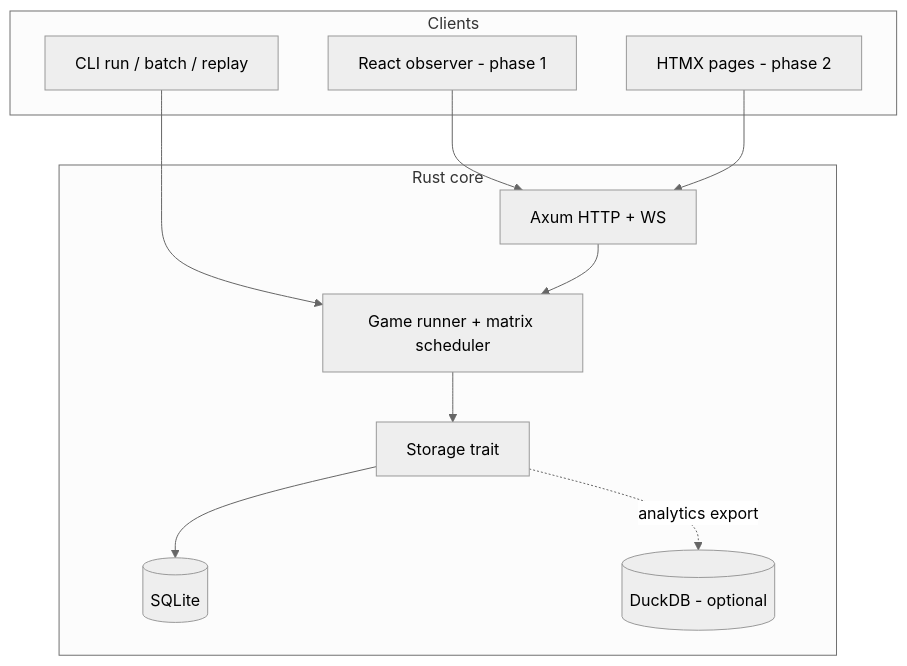
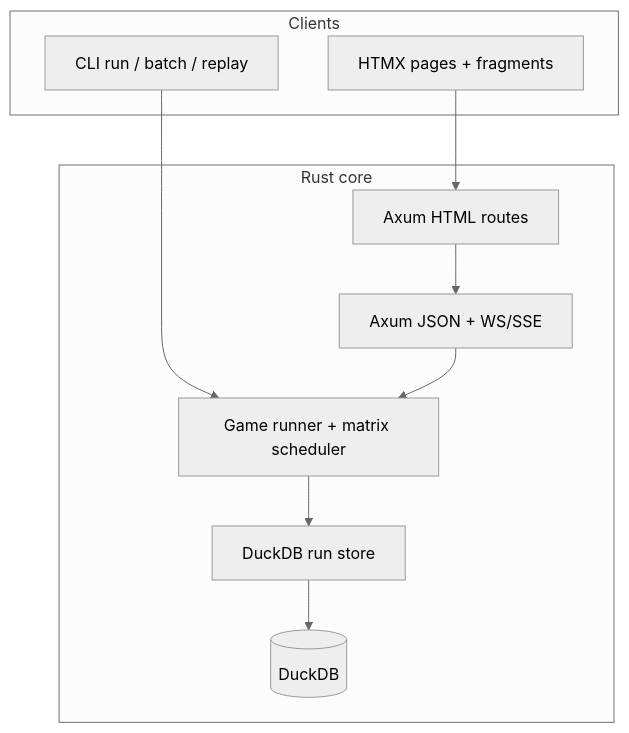
One commit to null-channel/ai_arena changed the diagram in plans/ai-arena-roadmap.md. Above: the diagram before and after it, drawn with Mermaid (neutral theme). The commit also changed other lines of this file and 19 other files, not shown here.

````diff
--- a/plans/ai-arena-roadmap.md
+++ b/plans/ai-arena-roadmap.md
@@ -58,24 +57,22 @@
 ```mermaid
 flowchart TB
   subgraph clients [Clients]
     CLI[CLI run / batch / replay]
-    React[React observer - phase 1]
-    HTMX[HTMX pages - phase 2]
+    HTMX[HTMX pages + fragments]
   end
 
   subgraph core [Rust core]
-    API[Axum HTTP + WS]
+    UI[Axum HTML routes]
+    API[Axum JSON + WS/SSE]
     Runner[Game runner + matrix scheduler]
-    Store[Storage trait]
-    SQLite[(SQLite)]
-    Duck[(DuckDB - optional)]
+    Store[DuckDB run store]
+    Duck[(DuckDB)]
   end
 
   CLI --> Runner
-  React --> API
-  HTMX --> API
+  HTMX --> UI
+  UI --> API
   API --> Runner
   Runner --> Store
-  Store --> SQLite
-  Store -. analytics export .-> Duck
+  Store --> Duck
 ```
````
